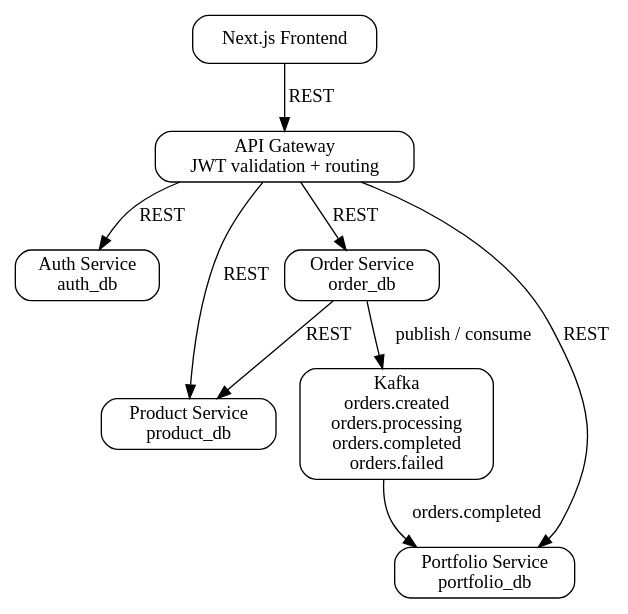
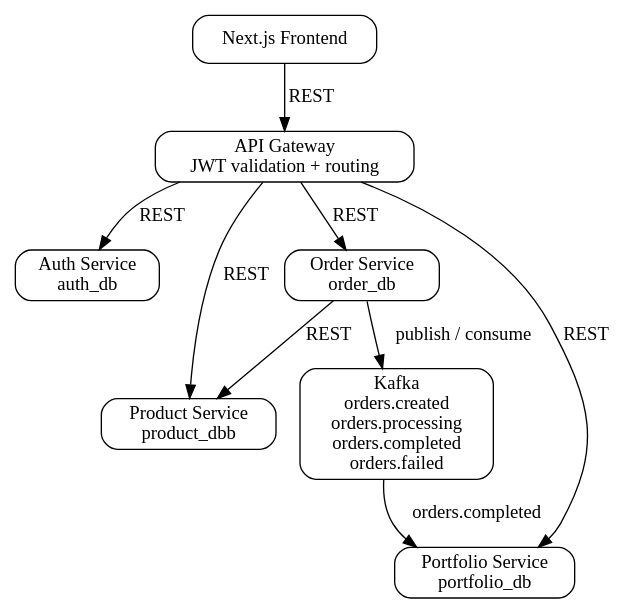
One commit to adarshank33/Trend-money changed the diagram in docs/architecture.dot. Above: the diagram before and after it, drawn with Graphviz. The commit also changed 14 other files, not shown here.

Commit message:
updated swagger work flow

```diff
--- a/docs/architecture.dot
+++ b/docs/architecture.dot
@@ -1,21 +1,21 @@
 digraph TrendMoney {
   rankdir=TB;
   node [shape=box, style="rounded"];
 
   frontend [label="Next.js Frontend"];
   gateway [label="API Gateway\nJWT validation + routing"];
   auth [label="Auth Service\nauth_db"];
-  product [label="Product Service\nproduct_db"];
+  product [label="Product Service\nproduct_dbb"];
   order [label="Order Service\norder_db"];
   portfolio [label="Portfolio Service\nportfolio_db"];
   kafka [label="Kafka\norders.created\norders.processing\norders.completed\norders.failed"];
 
   frontend -> gateway [label="REST"];
   gateway -> auth [label="REST"];
   gateway -> product [label="REST"];
   gateway -> order [label="REST"];
   gateway -> portfolio [label="REST"];
   order -> kafka [label="publish / consume"];
   kafka -> portfolio [label="orders.completed"];
   order -> product [label="REST"];
 }
```
